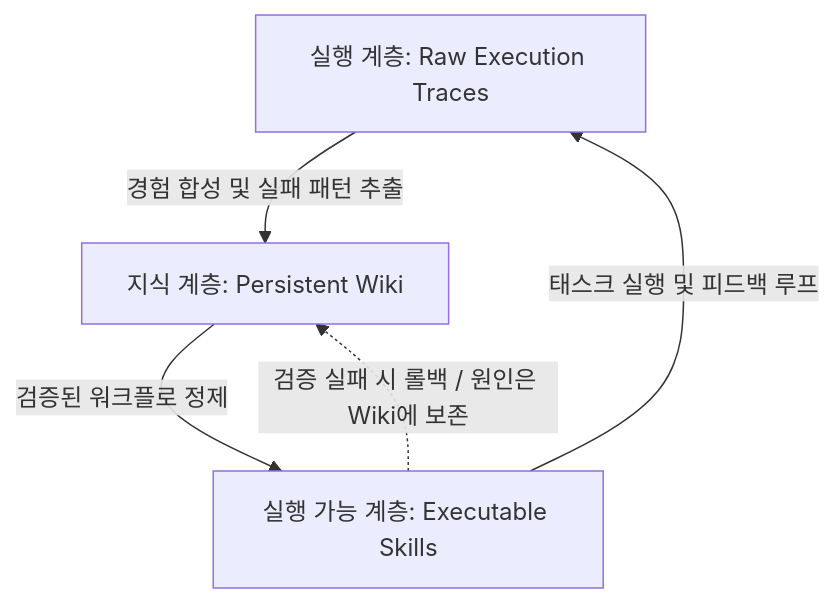
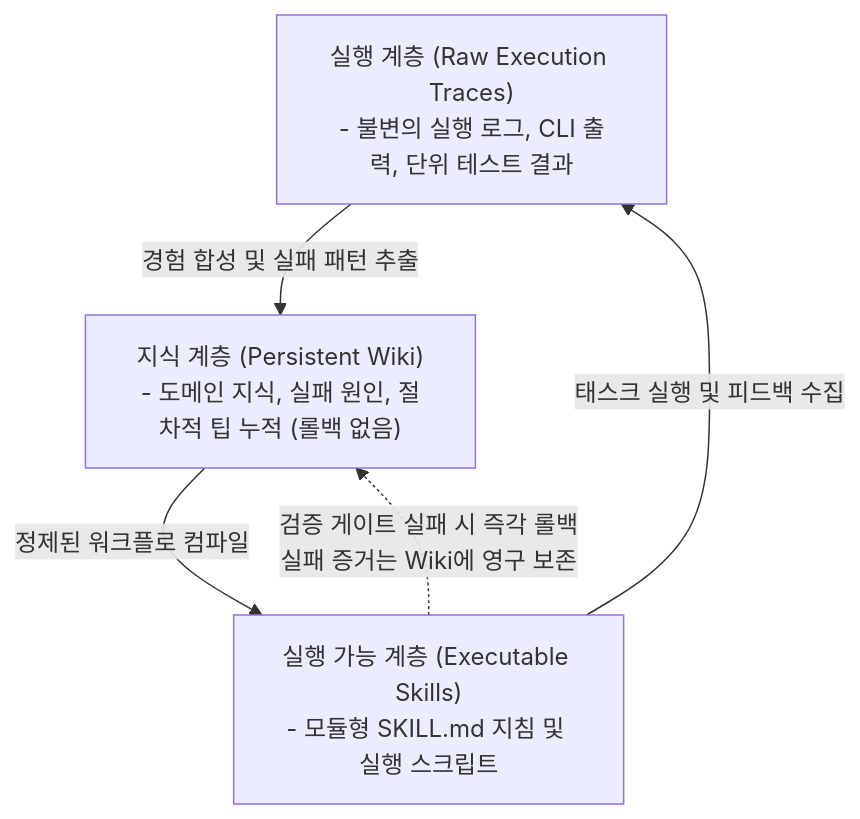
The diagram in wiki/Agents/Self-Evolving/WikiSkill-절차적-지식-자가-진화-프레임워크.md (yoosungung/wiki), drawn with Mermaid before and after one commit. The commit also changed other lines of this file and 8 other files, not shown here.

Commit message:
feat(research): 2026-09-11 auto-research synthesis for GraphRAG, GDPO, WikiSkill, and pi0 VLA

````diff
--- a/wiki/Agents/Self-Evolving/WikiSkill-절차적-지식-자가-진화-프레임워크.md
+++ b/wiki/Agents/Self-Evolving/WikiSkill-절차적-지식-자가-진화-프레임워크.md
@@ -15,7 +15,7 @@
 ```mermaid
 graph TD
-    SubGraph1[실행 계층: Raw Execution Traces] -->|경험 합성 및 실패 패턴 추출| SubGraph2[지식 계층: Persistent Wiki]
-    SubGraph2 -->|검증된 워크플로 정제| SubGraph3[실행 가능 계층: Executable Skills]
-    SubGraph3 -->|태스크 실행 및 피드백 루프| SubGraph1
-    SubGraph3 -.->|검증 실패 시 롤백 / 원인은 Wiki에 보존| SubGraph2
+    SubGraph1["실행 계층 (Raw Execution Traces)<br/>- 불변의 실행 로그, CLI 출력, 단위 테스트 결과"] -->|경험 합성 및 실패 패턴 추출| SubGraph2["지식 계층 (Persistent Wiki)<br/>- 도메인 지식, 실패 원인, 절차적 팁 누적 (롤백 없음)"]
+    SubGraph2 -->|정제된 워크플로 컴파일| SubGraph3["실행 가능 계층 (Executable Skills)<br/>- 모듈형 SKILL.md 지침 및 실행 스크립트"]
+    SubGraph3 -->|태스크 실행 및 피드백 수집| SubGraph1
+    SubGraph3 -.->|검증 게이트 실패 시 즉각 롤백<br/>실패 증거는 Wiki에 영구 보존| SubGraph2
 ```
````
